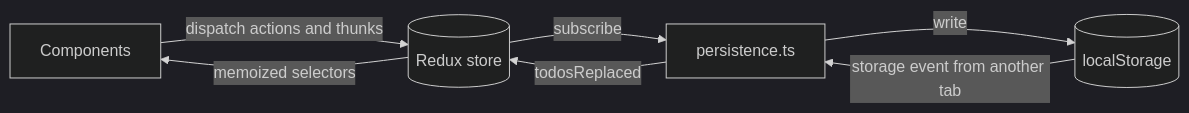
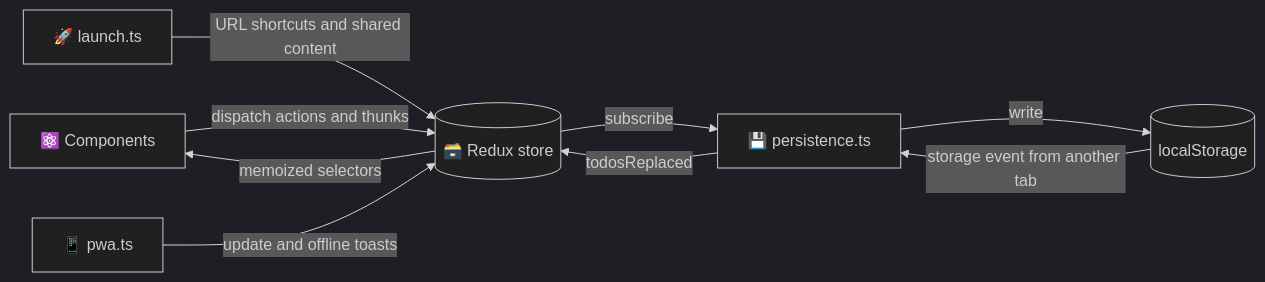
Before and after one commit to sacrificed666/react-todo-app: the second of 8 diagrams in docs/architecture.md, drawn with Mermaid (dark theme). The commit also changed other lines of this file and 263 other files, not shown here.

````diff
--- a/docs/architecture.md
+++ b/docs/architecture.md
@@ -17,9 +56,11 @@
 ```mermaid
 flowchart LR
-  UI[Components] -- dispatch actions and thunks --> Store[(Redux store)]
+  UI[⚛️ Components] -- dispatch actions and thunks --> Store[(🗃️ Redux store)]
   Store -- memoized selectors --> UI
-  Store -- subscribe --> Persistence[persistence.ts]
+  Store -- subscribe --> Persistence[💾 persistence.ts]
   Persistence -- write --> LS[(localStorage)]
   LS -- storage event from another tab --> Persistence
   Persistence -- todosReplaced --> Store
+  Launch[🚀 launch.ts] -- URL shortcuts and shared content --> Store
+  PWA[📱 pwa.ts] -- update and offline toasts --> Store
 ```
````
